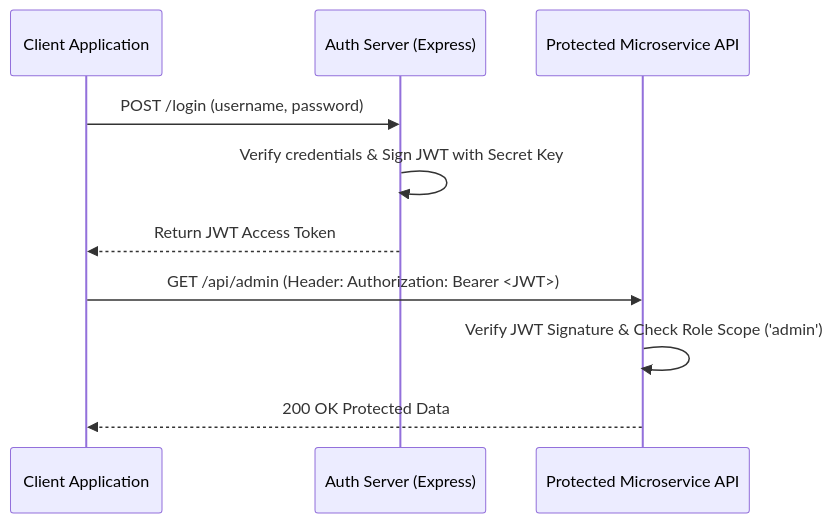
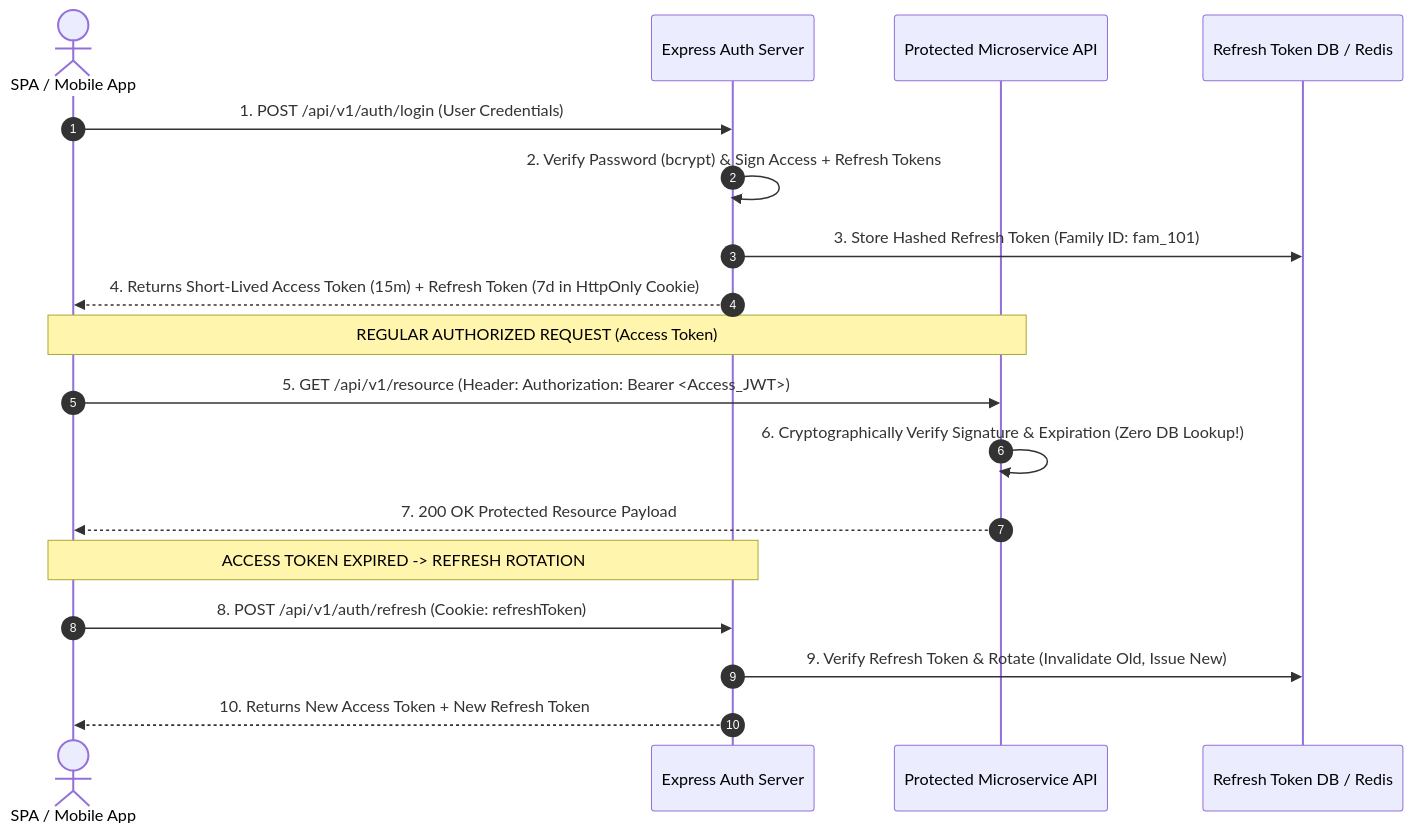
One commit to Amie-dev/engineering-playbook changed the first of 3 diagrams in express-notes/15-jwt-authentication.md. Above: the diagram before and after it, drawn with Mermaid. The commit also changed other lines of this file and 26 other files, not shown here.

````diff
--- a/express-notes/15-jwt-authentication.md
+++ b/express-notes/15-jwt-authentication.md
@@ -10,14 +13,23 @@
 ```mermaid
 sequenceDiagram
-    participant Client as Client Application
-    participant Auth as Auth Server (Express)
+    autonumber
+    actor Client as SPA / Mobile App
+    participant Auth as Express Auth Server
     participant API as Protected Microservice API
+    participant DB as Refresh Token DB / Redis
 
-    Client->>Auth: POST /login (username, password)
-    Auth->>Auth: Verify credentials & Sign JWT with Secret Key
-    Auth-->>Client: Return JWT Access Token
+    Client->>Auth: 1. POST /api/v1/auth/login (User Credentials)
+    Auth->>Auth: 2. Verify Password (bcrypt) & Sign Access + Refresh Tokens
+    Auth->>DB: 3. Store Hashed Refresh Token (Family ID: fam_101)
+    Auth-->>Client: 4. Returns Short-Lived Access Token (15m) + Refresh Token (7d in HttpOnly Cookie)
     
-    Client->>API: GET /api/admin (Header: Authorization: Bearer <JWT>)
-    API->>API: Verify JWT Signature & Check Role Scope ('admin')
-    API-->>Client: 200 OK Protected Data
+    note over Client,API: REGULAR AUTHORIZED REQUEST (Access Token)
+    Client->>API: 5. GET /api/v1/resource (Header: Authorization: Bearer <Access_JWT>)
+    API->>API: 6. Cryptographically Verify Signature & Expiration (Zero DB Lookup!)
+    API-->>Client: 7. 200 OK Protected Resource Payload
+
+    note over Client,Auth: ACCESS TOKEN EXPIRED -> REFRESH ROTATION
+    Client->>Auth: 8. POST /api/v1/auth/refresh (Cookie: refreshToken)
+    Auth->>DB: 9. Verify Refresh Token & Rotate (Invalidate Old, Issue New)
+    Auth-->>Client: 10. Returns New Access Token + New Refresh Token
 ```
````
